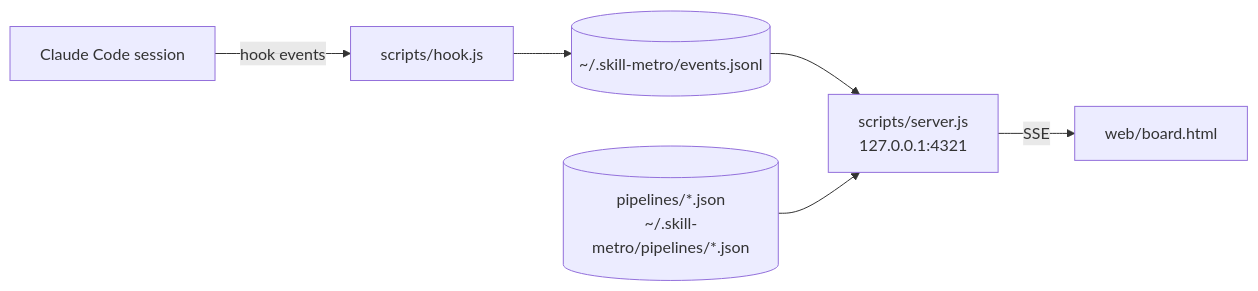
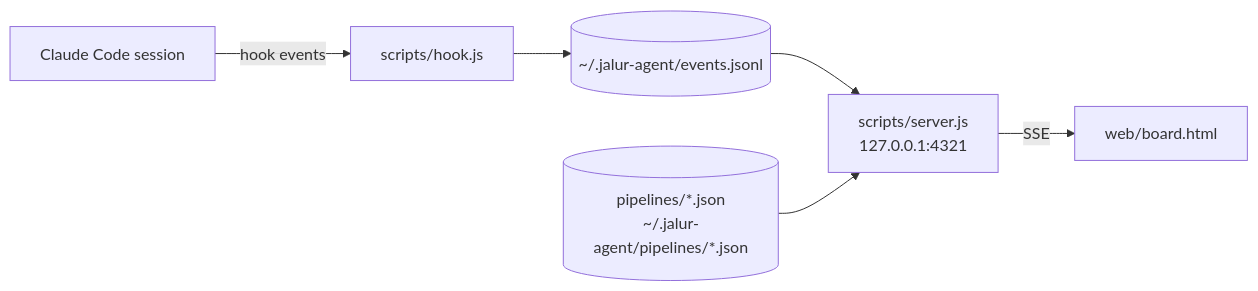
One commit to sandicoding/jalur-agent changed the diagram in docs/ARCHITECTURE.md. Above: the diagram before and after it, drawn with Mermaid. The commit also changed other lines of this file and 11 other files, not shown here.

Commit message:
chore: rename to jalur-agent (avoid clash with React Native Metro)

````diff
--- a/docs/ARCHITECTURE.md
+++ b/docs/ARCHITECTURE.md
@@ -3,8 +3,8 @@
 ```mermaid
 flowchart LR
   CC[Claude Code session] -- hook events --> HK[scripts/hook.js]
-  HK --> EV[(~/.skill-metro/events.jsonl)]
+  HK --> EV[(~/.jalur-agent/events.jsonl)]
   EV --> SV[scripts/server.js<br/>127.0.0.1:4321]
-  PL[(pipelines/*.json<br/>~/.skill-metro/pipelines/*.json)] --> SV
+  PL[(pipelines/*.json<br/>~/.jalur-agent/pipelines/*.json)] --> SV
   SV -- SSE --> BD[web/board.html]
 ```
````
